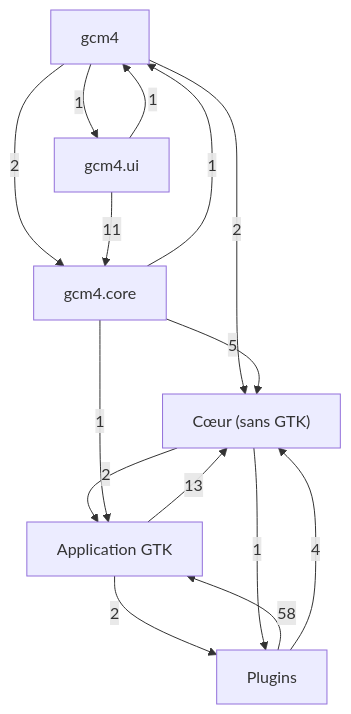
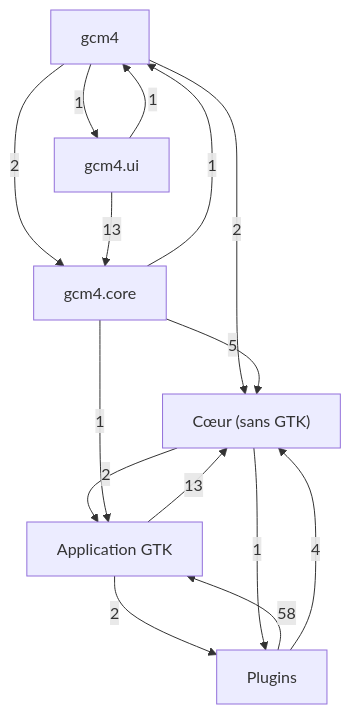
The first of 7 diagrams in docs/class-diagram.md (Mathide-Team/Gcm4), drawn with Mermaid before and after one commit. The commit also changed other lines of this file and 68 other files, not shown here.

````diff
--- a/docs/class-diagram.md
+++ b/docs/class-diagram.md
@@ -21,23 +21,23 @@
 ```mermaid
 flowchart TD
     g0["Cœur (sans GTK)"]
     g1["Application GTK"]
     g2["Plugins"]
     g3["gcm4"]
     g4["gcm4.core"]
     g5["gcm4.ui"]
     g1 -->|13| g0
     g1 -->|2| g2
     g0 -->|2| g1
     g0 -->|1| g2
     g2 -->|58| g1
     g2 -->|4| g0
     g3 -->|2| g0
     g3 -->|2| g4
     g3 -->|1| g5
     g4 -->|1| g1
     g4 -->|5| g0
     g4 -->|1| g3
     g5 -->|1| g3
-    g5 -->|11| g4
+    g5 -->|13| g4
 ```
````
